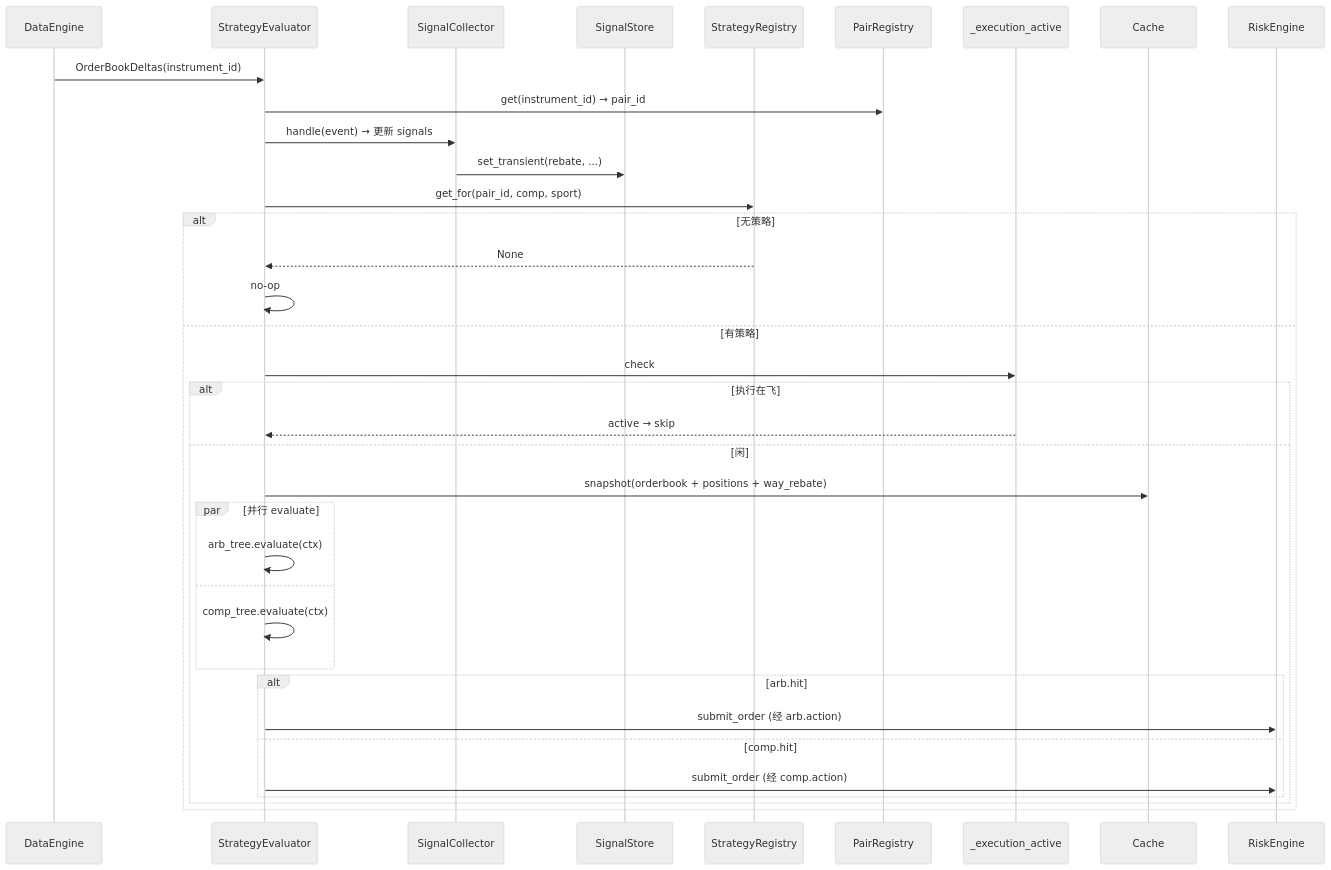
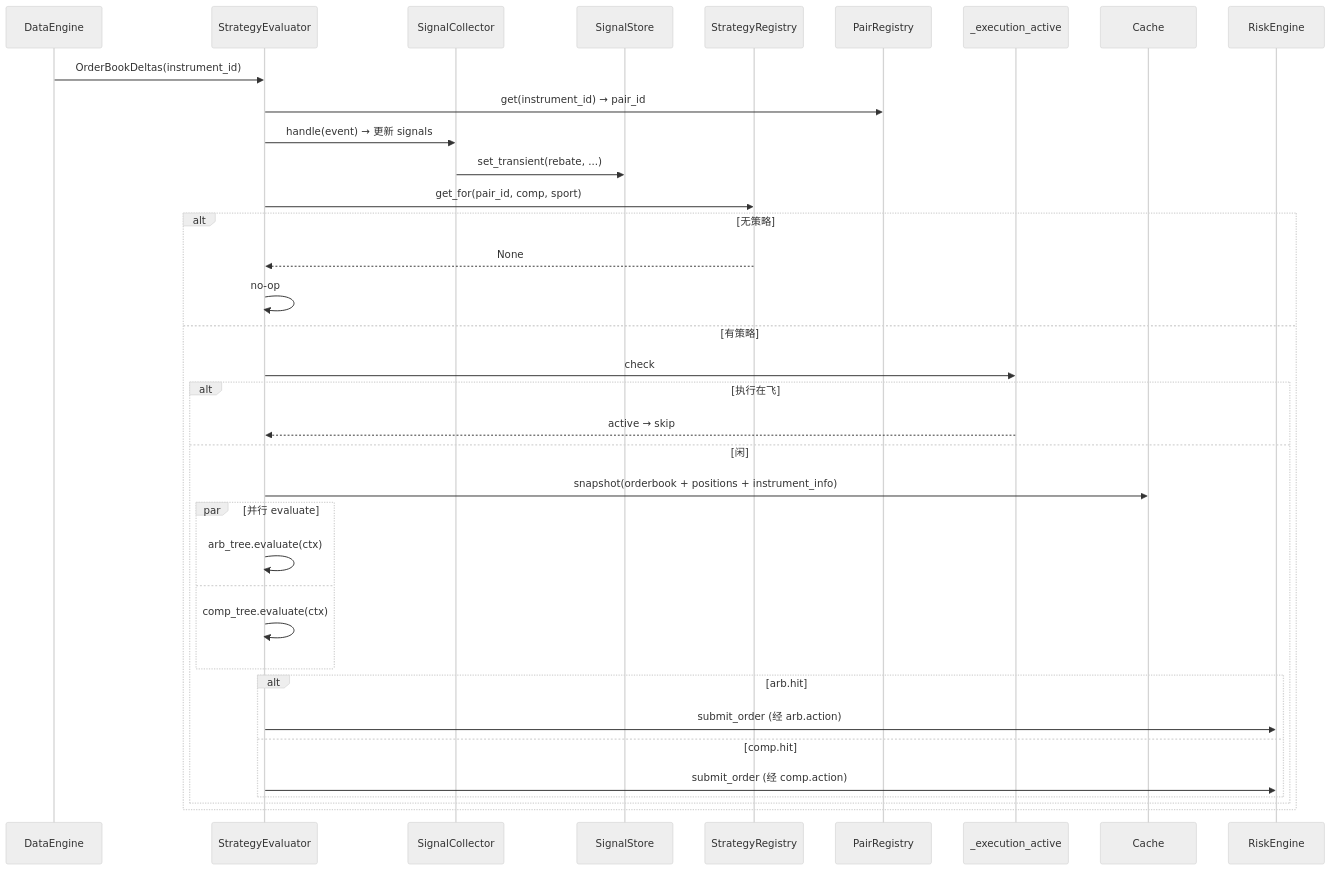
Before and after one commit to psnewer/nautilus_trader: the second of 2 diagrams in docs/arbitrage/architectures/strategy/architecture.md, drawn with Mermaid (neutral theme). The commit also changed other lines of this file and 29 other files, not shown here.

````diff
--- a/docs/arbitrage/architectures/strategy/architecture.md
+++ b/docs/arbitrage/architectures/strategy/architecture.md
@@ -425,39 +425,39 @@
 ```mermaid
 sequenceDiagram
   participant DE as DataEngine
   participant EV as StrategyEvaluator
   participant SC as SignalCollector
   participant SS as SignalStore
   participant SR as StrategyRegistry
   participant PR as PairRegistry
   participant Q19 as _execution_active
   participant CA as Cache
   participant RE as RiskEngine
 
   DE->>EV: OrderBookDeltas(instrument_id)
   EV->>PR: get(instrument_id) → pair_id
   EV->>SC: handle(event) → 更新 signals
   SC->>SS: set_transient(rebate, ...)
   EV->>SR: get_for(pair_id, comp, sport)
   alt 无策略
     SR-->>EV: None
     EV->>EV: no-op
   else 有策略
     EV->>Q19: check
     alt 执行在飞
       Q19-->>EV: active → skip
     else 闲
-      EV->>CA: snapshot(orderbook + positions + way_rebate)
+      EV->>CA: snapshot(orderbook + positions + instrument_info)
       par 并行 evaluate
         EV->>EV: arb_tree.evaluate(ctx)
       and
         EV->>EV: comp_tree.evaluate(ctx)
       end
       alt arb.hit
         EV->>RE: submit_order (经 arb.action)
       else comp.hit
         EV->>RE: submit_order (经 comp.action)
       end
     end
   end
 ```
````
